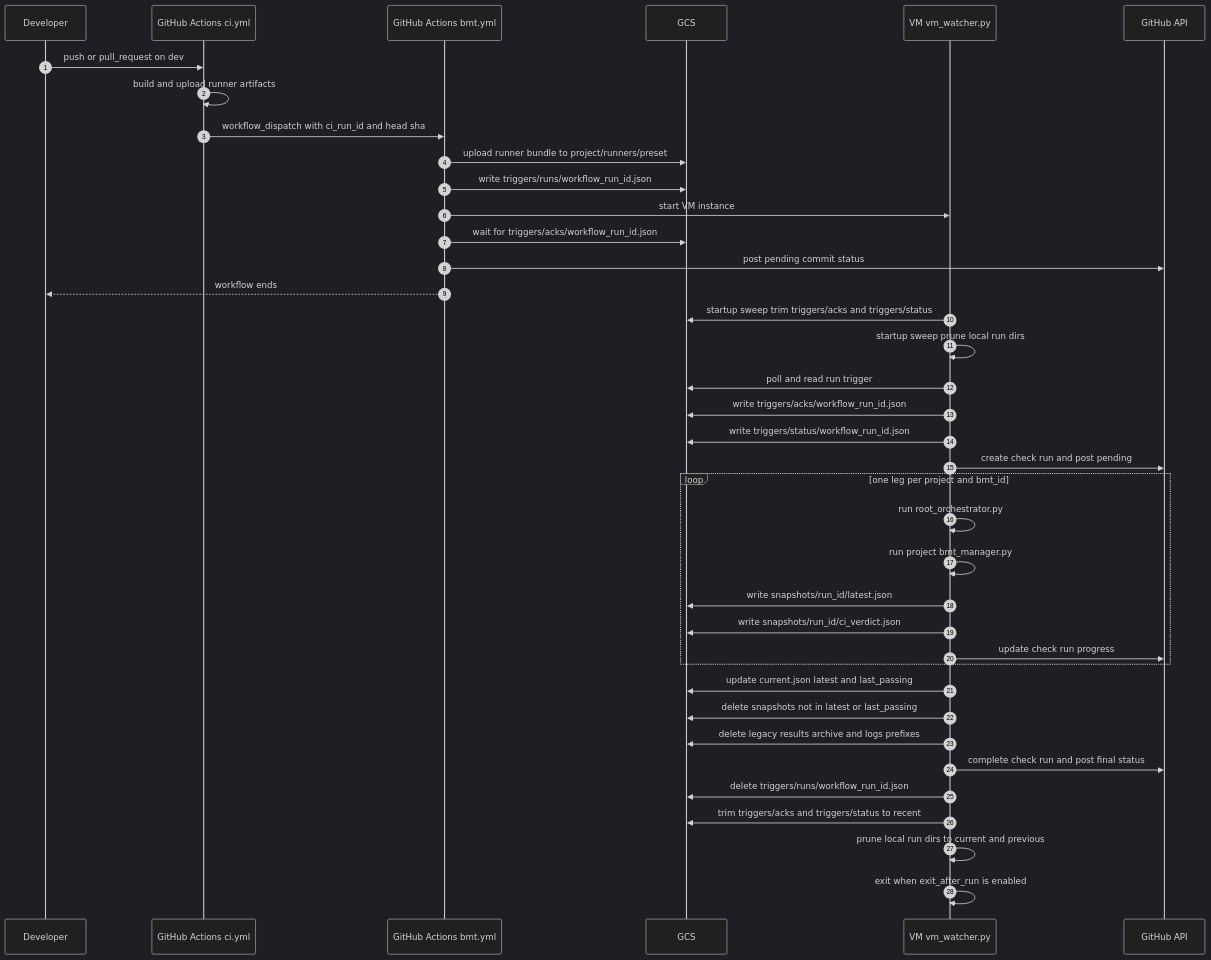
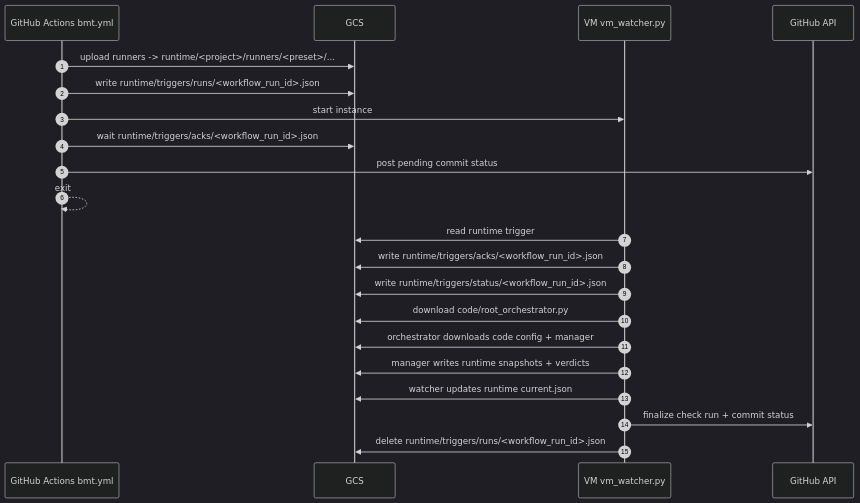
Before and after one commit to klugman-yanai/bmt-gate-sandbox: the first of 3 diagrams in docs/diagrams.md, drawn with Mermaid (dark theme). The commit also changed other lines of this file and 118 other files, not shown here.

````diff
--- a/docs/diagrams.md
+++ b/docs/diagrams.md
@@ -7,45 +5,25 @@
 ```mermaid
 sequenceDiagram
     autonumber
-    participant Dev as Developer
-    participant CI as GitHub Actions ci.yml
-    participant BMT as GitHub Actions bmt.yml
+    participant CI as GitHub Actions bmt.yml
     participant GCS as GCS
     participant VM as VM vm_watcher.py
     participant GH as GitHub API
 
-    Dev->>CI: push or pull_request on dev
-    CI->>CI: build and upload runner artifacts
-    CI->>BMT: workflow_dispatch with ci_run_id and head sha
+    CI->>GCS: upload runners -> runtime/<project>/runners/<preset>/...
+    CI->>GCS: write runtime/triggers/runs/<workflow_run_id>.json
+    CI->>VM: start instance
+    CI->>GCS: wait runtime/triggers/acks/<workflow_run_id>.json
+    CI->>GH: post pending commit status
+    CI-->>CI: exit
 
-    BMT->>GCS: upload runner bundle to project/runners/preset
-    BMT->>GCS: write triggers/runs/workflow_run_id.json
-    BMT->>VM: start VM instance
-    BMT->>GCS: wait for triggers/acks/workflow_run_id.json
-    BMT->>GH: post pending commit status
-    BMT-->>Dev: workflow ends
-
-    VM->>GCS: startup sweep trim triggers/acks and triggers/status
-    VM->>VM: startup sweep prune local run dirs
-    VM->>GCS: poll and read run trigger
-    VM->>GCS: write triggers/acks/workflow_run_id.json
-    VM->>GCS: write triggers/status/workflow_run_id.json
-    VM->>GH: create check run and post pending
-
-    loop one leg per project and bmt_id
-        VM->>VM: run root_orchestrator.py
-        VM->>VM: run project bmt_manager.py
-        VM->>GCS: write snapshots/run_id/latest.json
-        VM->>GCS: write snapshots/run_id/ci_verdict.json
-        VM->>GH: update check run progress
-    end
-
-    VM->>GCS: update current.json latest and last_passing
-    VM->>GCS: delete snapshots not in latest or last_passing
-    VM->>GCS: delete legacy results archive and logs prefixes
-    VM->>GH: complete check run and post final status
-    VM->>GCS: delete triggers/runs/workflow_run_id.json
-    VM->>GCS: trim triggers/acks and triggers/status to recent
-    VM->>VM: prune local run dirs to current and previous
-    VM->>VM: exit when exit_after_run is enabled
+    VM->>GCS: read runtime trigger
+    VM->>GCS: write runtime/triggers/acks/<workflow_run_id>.json
+    VM->>GCS: write runtime/triggers/status/<workflow_run_id>.json
+    VM->>GCS: download code/root_orchestrator.py
+    VM->>GCS: orchestrator downloads code config + manager
+    VM->>GCS: manager writes runtime snapshots + verdicts
+    VM->>GCS: watcher updates runtime current.json
+    VM->>GH: finalize check run + commit status
+    VM->>GCS: delete runtime/triggers/runs/<workflow_run_id>.json
 ```
````
